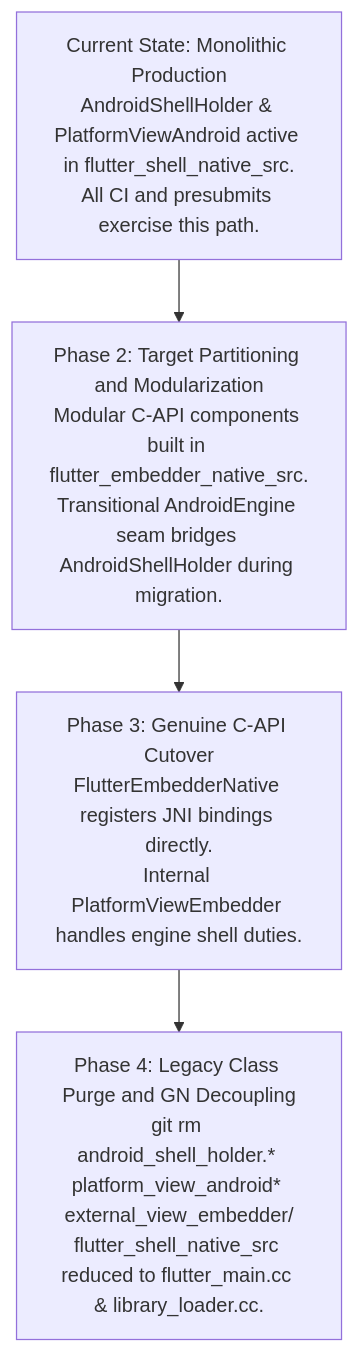
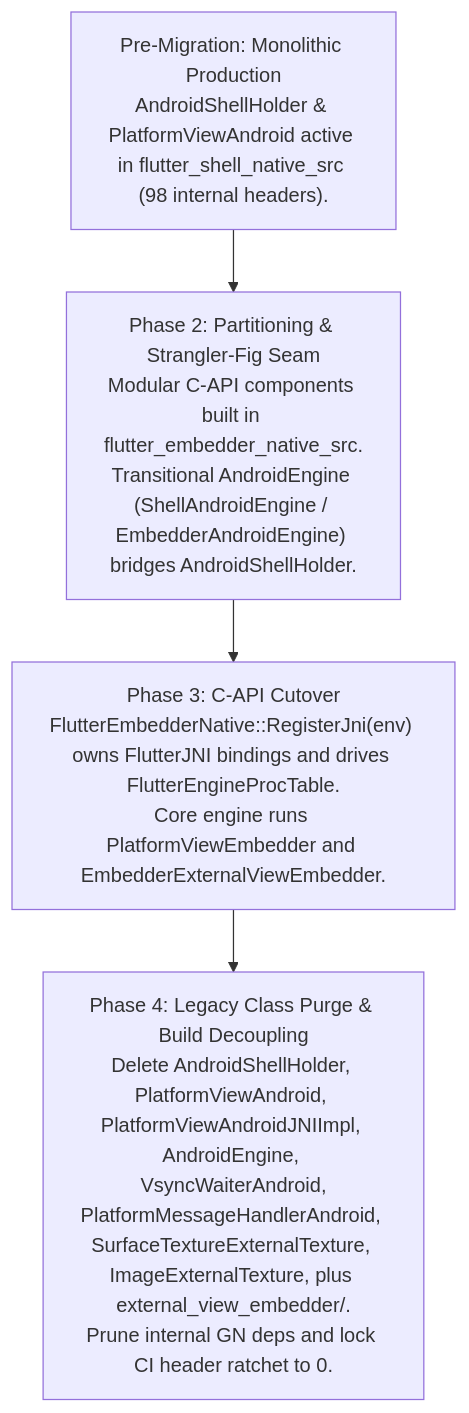
Diagram 15 of 16 in rfc/410.0000-flutter-android-embedder-c-api-migration.md (flutter/rfc), drawn with Mermaid before and after one commit. The commit also changed other lines of this file, not shown here.

Commit message:
Hatch any unnecessary context and simplify with sequence diagram

````diff
--- a/rfc/410.0000-flutter-android-embedder-c-api-migration.md
+++ b/rfc/410.0000-flutter-android-embedder-c-api-migration.md
@@ -2037,14 +1303,9 @@
 ```mermaid
 flowchart TD
-    Pre["Current State: Monolithic Production<br/>AndroidShellHolder & PlatformViewAndroid active in flutter_shell_native_src.<br/>All CI and presubmits exercise this path."]
+    Pre["Pre-Migration: Monolithic Production<br/>AndroidShellHolder & PlatformViewAndroid active in flutter_shell_native_src (98 internal headers)."]
+    P2["Phase 2: Partitioning & Strangler-Fig Seam<br/>Modular C-API components built in flutter_embedder_native_src.<br/>Transitional AndroidEngine (ShellAndroidEngine / EmbedderAndroidEngine) bridges AndroidShellHolder."]
+    P3["Phase 3: C-API Cutover<br/>FlutterEmbedderNative::RegisterJni(env) owns FlutterJNI bindings and drives FlutterEngineProcTable.<br/>Core engine runs PlatformViewEmbedder and EmbedderExternalViewEmbedder."]
+    P4["Phase 4: Legacy Class Purge & Build Decoupling<br/>Delete AndroidShellHolder, PlatformViewAndroid, PlatformViewAndroidJNIImpl, AndroidEngine, VsyncWaiterAndroid,<br/>PlatformMessageHandlerAndroid, SurfaceTextureExternalTexture, ImageExternalTexture, plus external_view_embedder/.<br/>Prune internal GN deps and lock CI header ratchet to 0."]
 
-    P2["Phase 2: Target Partitioning and Modularization<br/>Modular C-API components built in flutter_embedder_native_src.<br/>Transitional AndroidEngine seam bridges AndroidShellHolder during migration."]
-
-    P3["Phase 3: Genuine C-API Cutover<br/>FlutterEmbedderNative registers JNI bindings directly.<br/>Internal PlatformViewEmbedder handles engine shell duties."]
-
-    P4["Phase 4: Legacy Class Purge and GN Decoupling<br/>git rm android_shell_holder.* platform_view_android* external_view_embedder/<br/>flutter_shell_native_src reduced to flutter_main.cc & library_loader.cc."]
-
-    Pre --> P2
-    P2 --> P3
-    P3 --> P4
+    Pre --> P2 --> P3 --> P4
 ```
````
